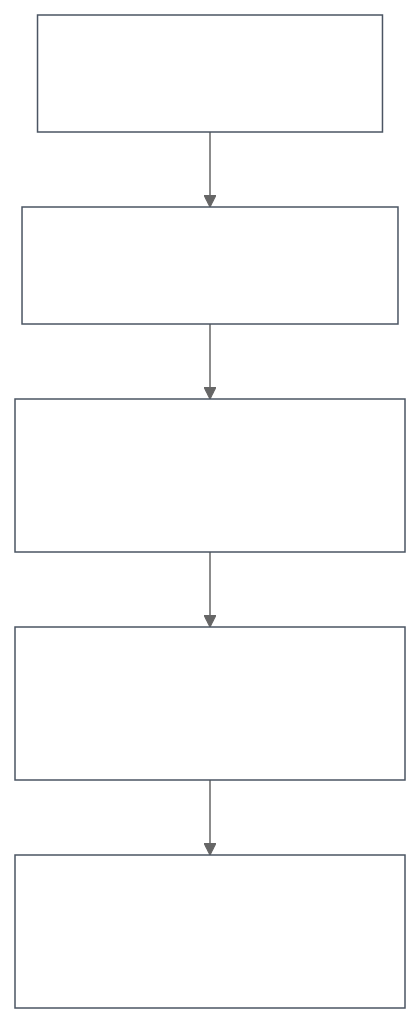
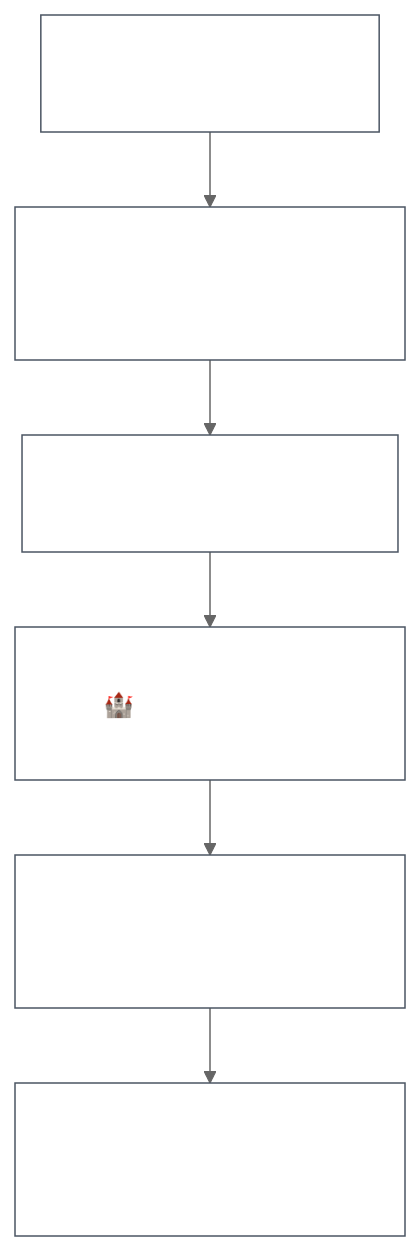
Before and after one commit to smallthinkingmachines/harombe: the diagram in ARCHITECTURE.md, drawn with Mermaid. The commit also changed other lines of this file and 1 other file, not shown here.

First line of the commit message:
docs: add Sitadèl security layer to architecture (Phase 4 roadmap)

````diff
--- a/ARCHITECTURE.md
+++ b/ARCHITECTURE.md
@@ -24,14 +25,16 @@
 ```mermaid
 %%{init: {'theme': 'base', 'themeVariables': {'primaryColor': '#1f2937', 'primaryTextColor': '#ffffff', 'primaryBorderColor': '#4b5563', 'lineColor': '#666666', 'secondaryColor': '#374151', 'tertiaryColor': '#1f2937', 'edgeLabelBackground': 'transparent', 'clusterBkg': 'transparent', 'clusterBorder': '#4b5563', 'mainBkg': 'transparent', 'background': 'transparent', 'nodeBorder': '#4b5563', 'nodeTextColor': '#ffffff'}}}%%
 flowchart TB
-    L5["Layer 5: User Interface<br/>CLI • REST API • Status"]
+    L6["Layer 6: Clients<br/>Voice • iOS • Web • CLI"]
+    L5["Layer 5: Privacy Router<br/>Local/Cloud Boundary • PII Detection"]
     L4["Layer 4: Agent & Memory<br/>ReAct Loop • Tools • State"]
-    L3["Layer 3: Coordination<br/>Cluster • Router • Health • Metrics"]
-    L2["Layer 2: Inference<br/>Ollama • Remote • Protocol"]
-    L1["Layer 1: Hardware<br/>Detection • VRAM • Models"]
+    L3["Layer 3: Sitadèl (Security)<br/>🏰 MCP Gateway • Container Isolation • Audit"]
+    L2["Layer 2: Coordination<br/>Cluster • Router • Health • Metrics"]
+    L1["Layer 1: Runtimes<br/>llama.cpp • Whisper • TTS • Embeddings"]
 
+    L6 --> L5
     L5 --> L4
     L4 --> L3
     L3 --> L2
     L2 --> L1
 ```
````
